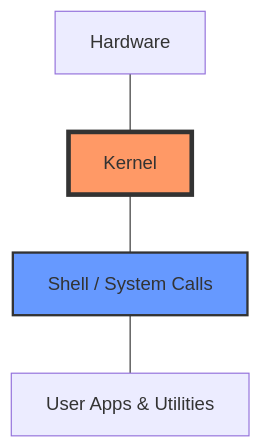
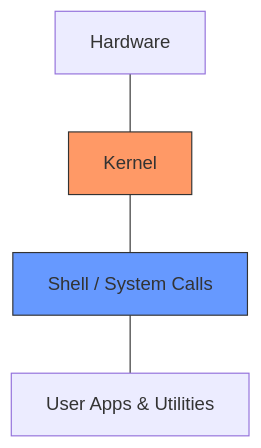
Before and after one commit to kloudtechvizag/cloud-devops-interview-prep: the diagram in linux/README.md, drawn with Mermaid. The commit also changed other lines of this file and 20 other files, not shown here.

````diff
--- a/linux/README.md
+++ b/linux/README.md
@@ -14,8 +10,8 @@
 ```mermaid
 graph TD
     A[Hardware] --- B[Kernel]
     B --- C[Shell / System Calls]
     C --- D[User Apps & Utilities]
-    style B fill:#f96,stroke:#333,stroke-width:4px
-    style C fill:#69f,stroke:#333,stroke-width:2px
+    style B fill:#f96,stroke:#333
+    style C fill:#69f,stroke:#333
 ```
````
